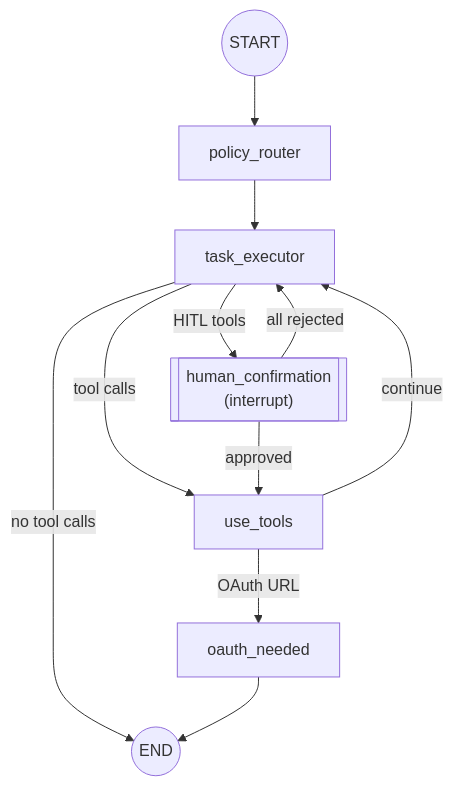
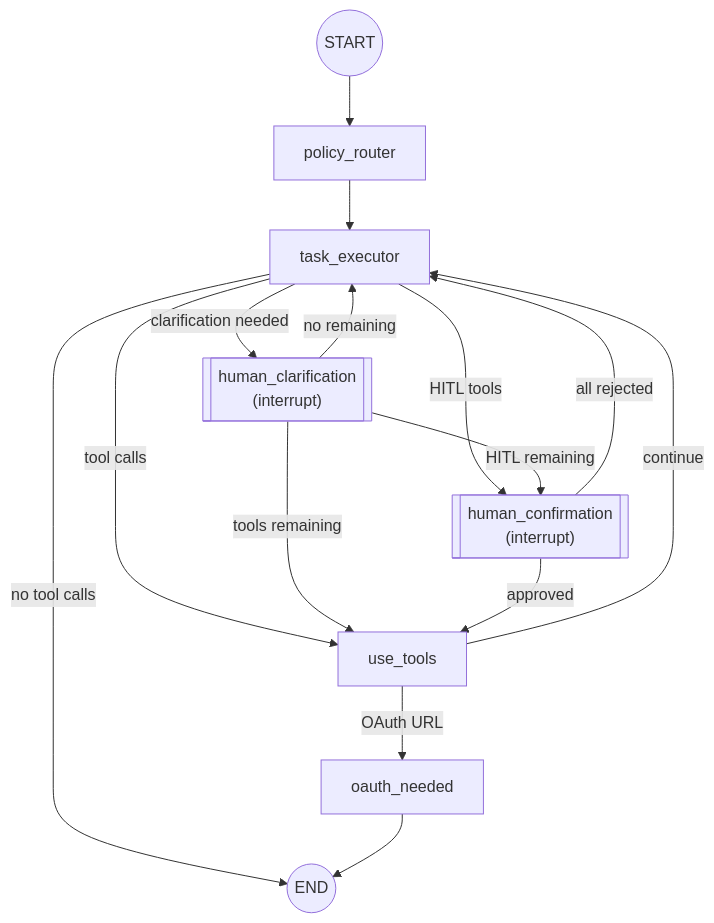
One commit to frnnk/msg-agent changed the diagram in README.md. Above: the diagram before and after it, drawn with Mermaid. The commit also changed other lines of this file, not shown here.

````diff
--- a/README.md
+++ b/README.md
@@ -7,18 +7,24 @@
 ```mermaid
 flowchart TD
     START((START)) --> policy_router
     policy_router --> task_executor
 
+    task_executor -->|clarification needed| human_clarification
     task_executor -->|HITL tools| human_confirmation
     task_executor -->|tool calls| use_tools
     task_executor -->|no tool calls| END
+
+    human_clarification[["human_clarification<br/>(interrupt)"]]
+    human_clarification -->|HITL remaining| human_confirmation
+    human_clarification -->|tools remaining| use_tools
+    human_clarification -->|no remaining| task_executor
 
     human_confirmation[["human_confirmation<br/>(interrupt)"]]
     human_confirmation -->|approved| use_tools
     human_confirmation -->|all rejected| task_executor
 
     use_tools -->|OAuth URL| oauth_needed
     use_tools -->|continue| task_executor
 
     oauth_needed --> END((END))
 ```
````
